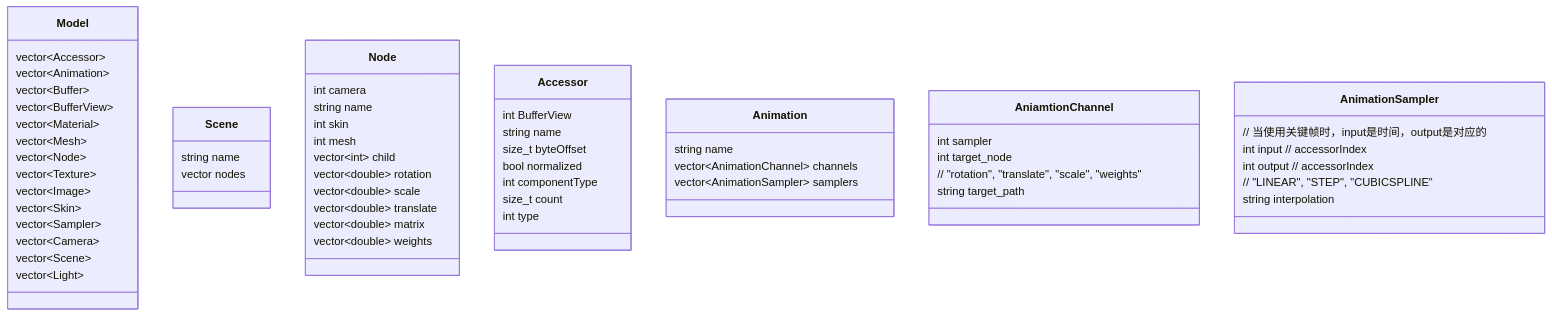
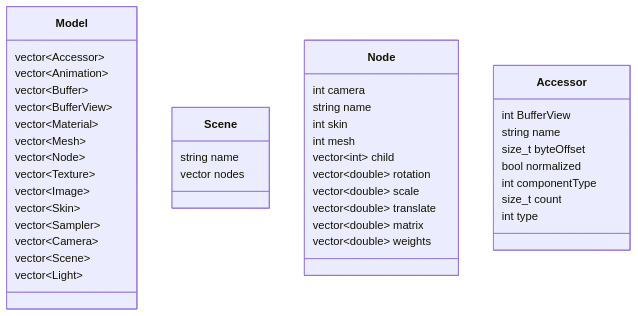
One commit to ShimpleJeaf/Note changed the third of 4 diagrams in osgearth.md. Above: the diagram before and after it, drawn with Mermaid. The commit also changed 2 other files, not shown here.

Commit message:
更新

````diff
--- a/osgearth.md
+++ b/osgearth.md
@@ -230,64 +230,47 @@
 ```mermaid
 classDiagram
     class Model {
         vector~Accessor~
         vector~Animation~
         vector~Buffer~
         vector~BufferView~
         vector~Material~
         vector~Mesh~
         vector~Node~
         vector~Texture~
         vector~Image~
         vector~Skin~
         vector~Sampler~
         vector~Camera~
         vector~Scene~
         vector~Light~
     }
 
     class Scene {
         string name
         vector<int> nodes
     }
 
     class Node {
         int camera
         string name
         int skin
         int mesh
         vector~int~ child
         vector~double~ rotation
         vector~double~ scale
         vector~double~ translate
         vector~double~ matrix
         vector~double~ weights
     }
     class Accessor {
         int BufferView
         string name
         size_t byteOffset
         bool normalized
         int componentType
         size_t count
         int type
     }
-    class Animation {
-        string name
-        vector~AnimationChannel~ channels
-        vector~AnimationSampler~ samplers
-    }
-    class AniamtionChannel {
-        int sampler
-        int target_node
-        // "rotation", "translate", "scale", "weights"
-        string target_path 
-    }
-    class AnimationSampler {
-        // 当使用关键帧时，input是时间，output是对应的
-        int input // accessorIndex
-        int output // accessorIndex
-        // "LINEAR", "STEP", "CUBICSPLINE"
-        string interpolation 
-    }
+
 ```
````
